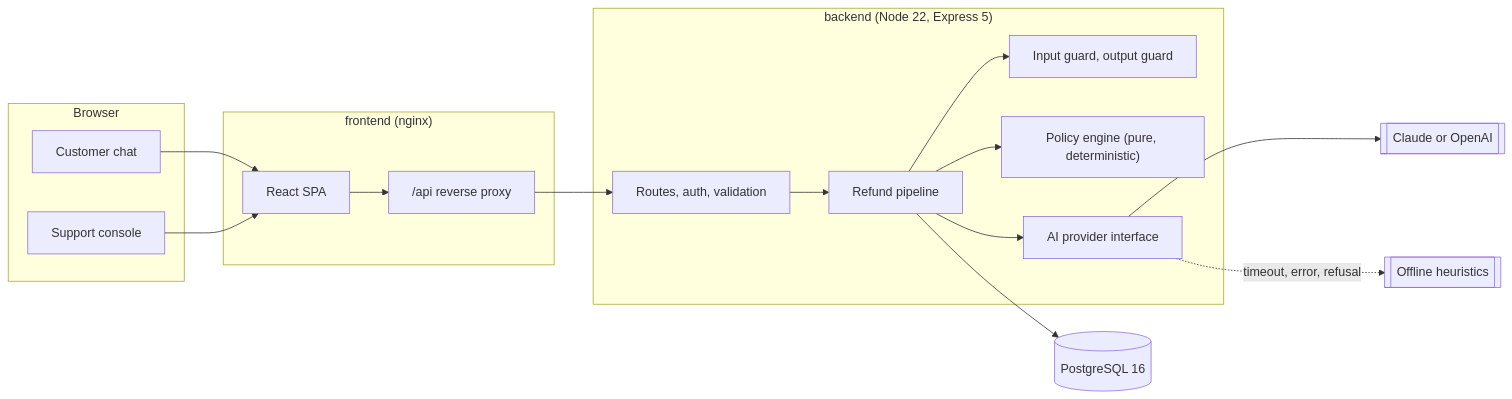
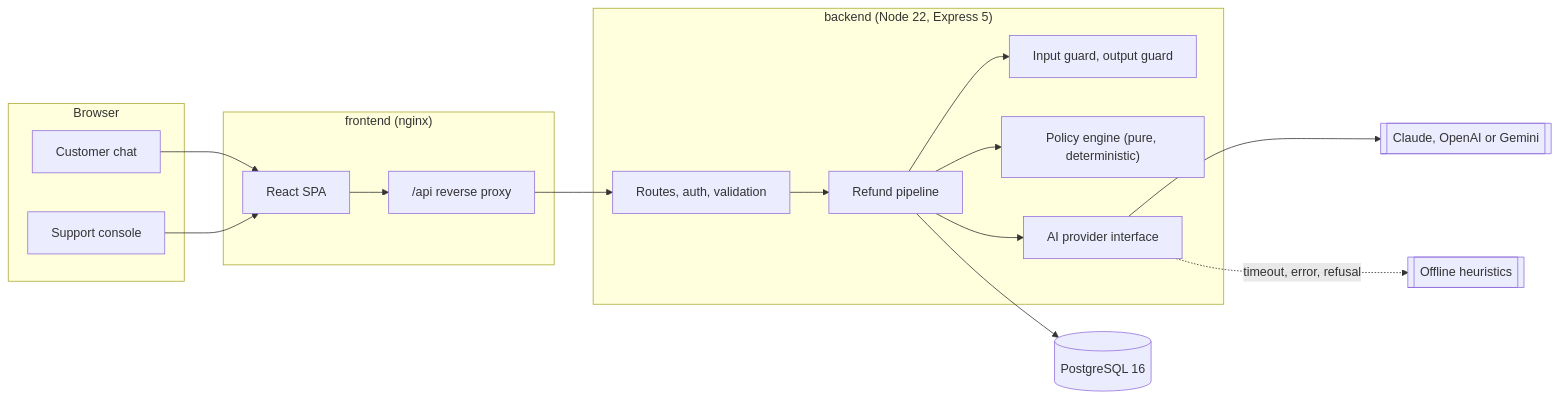
Before and after one commit to savidor/worknoon: the first of 2 diagrams in README.md, drawn with Mermaid. The commit also changed other lines of this file and 9 other files, not shown here.

````diff
--- a/README.md
+++ b/README.md
@@ -105,31 +109,31 @@
 ```mermaid
 flowchart LR
     subgraph Browser
       Chat[Customer chat]
       Console[Support console]
     end
     subgraph frontend ["frontend (nginx)"]
       SPA[React SPA]
       Proxy["/api reverse proxy"]
     end
     subgraph backend ["backend (Node 22, Express 5)"]
       Routes["Routes, auth, validation"]
       Pipeline[Refund pipeline]
       Guard["Input guard, output guard"]
       Engine["Policy engine (pure, deterministic)"]
       AI[AI provider interface]
     end
     DB[(PostgreSQL 16)]
-    LLM[["Claude or OpenAI"]]
+    LLM[["Claude, OpenAI or Gemini"]]
     Offline[["Offline heuristics"]]
 
     Chat --> SPA
     Console --> SPA
     SPA --> Proxy --> Routes --> Pipeline
     Pipeline --> Guard
     Pipeline --> Engine
     Pipeline --> AI
     AI --> LLM
     AI -. "timeout, error, refusal" .-> Offline
     Pipeline --> DB
 ```
````
